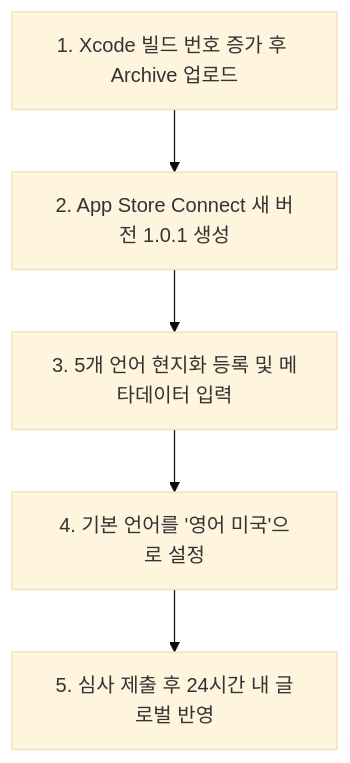
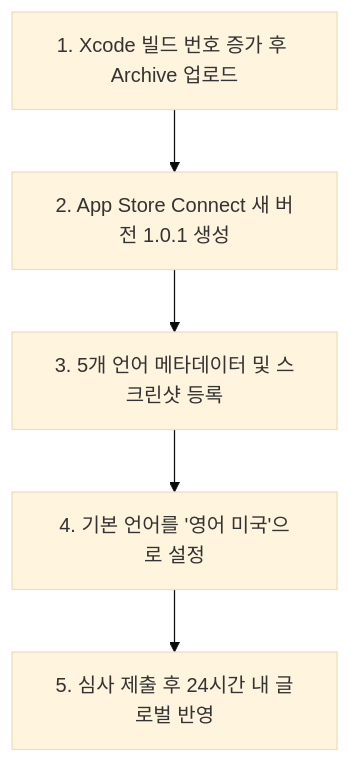
One commit to wisecomm/oneday-trip-ios changed the diagram in 등록과정/05_5개국어_글로벌_검색_최적화_및_앱_업데이트_가이드.md. Above: the diagram before and after it, drawn with Mermaid (base theme). The commit also changed other lines of this file and 2 other files, not shown here.

````diff
--- a/등록과정/05_5개국어_글로벌_검색_최적화_및_앱_업데이트_가이드.md
+++ b/등록과정/05_5개국어_글로벌_검색_최적화_및_앱_업데이트_가이드.md
@@ -29,7 +29,7 @@
 ```mermaid
 graph TD
     A[1. Xcode 빌드 번호 증가 후 Archive 업로드] --> B[2. App Store Connect 새 버전 1.0.1 생성]
-    B --> C[3. 5개 언어 현지화 등록 및 메타데이터 입력]
+    B --> C[3. 5개 언어 메타데이터 및 스크린샷 등록]
     C --> D[4. 기본 언어를 '영어 미국'으로 설정]
     D --> E[5. 심사 제출 후 24시간 내 글로벌 반영]
 ```
````
